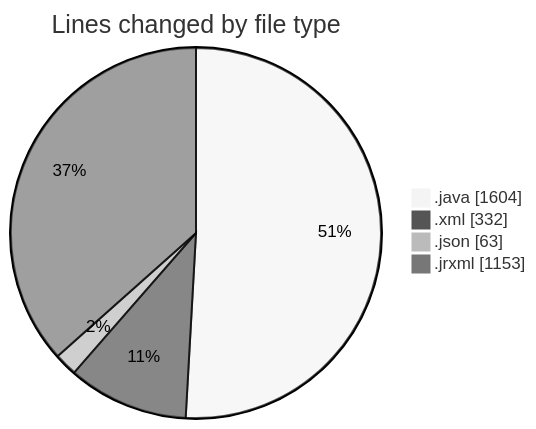
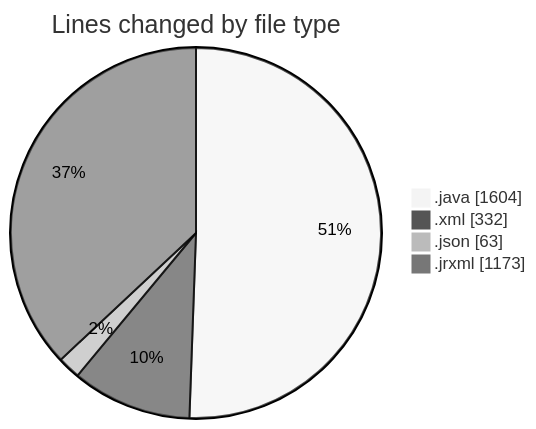
The first of 2 diagrams in 2026-07-07/cilreports__workspace_/README.md (ricardozamudiocil/code-tracking), drawn with Mermaid (neutral theme) before and after one commit. The commit also changed other lines of this file and 1 other file, not shown here.

````diff
--- a/2026-07-07/cilreports__workspace_/README.md
+++ b/2026-07-07/cilreports__workspace_/README.md
@@ -29,8 +29,8 @@
 ```mermaid
 pie showData
 title Lines changed by file type
 ".java" : 1604
 ".xml" : 332
 ".json" : 63
-".jrxml" : 1153
+".jrxml" : 1173
 ```
````
